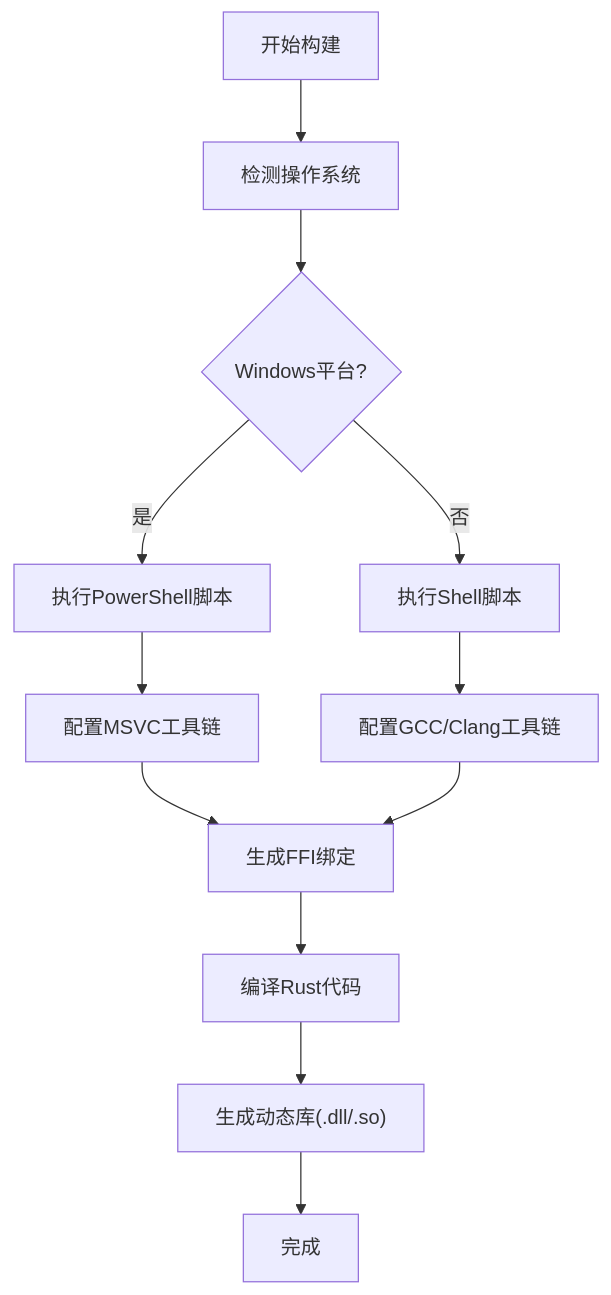
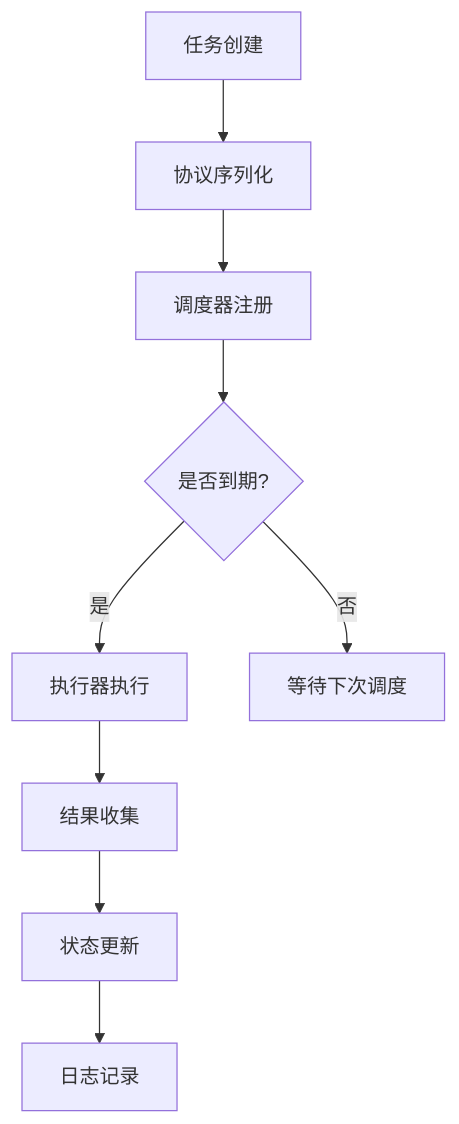
The fourth of 12 diagrams in .qoder/repowiki/zh/content/架构设计/通信机制/FFI接口通信.md (ZhangGHGitHub/LegadoTeamFlutter), drawn with Mermaid before and after one commit. The commit also changed other lines of this file and 173 other files, not shown here.

````diff
--- a/.qoder/repowiki/zh/content/架构设计/通信机制/FFI接口通信.md
+++ b/.qoder/repowiki/zh/content/架构设计/通信机制/FFI接口通信.md
@@ -312,14 +336,11 @@
 ```mermaid
 flowchart TD
-A["开始构建"] --> B["检测操作系统"]
-B --> C{"Windows平台?"}
-C --> |是| D["执行PowerShell脚本"]
-C --> |否| E["执行Shell脚本"]
-D --> F["配置MSVC工具链"]
-E --> G["配置GCC/Clang工具链"]
-F --> H["生成FFI绑定"]
-G --> H
-H --> I["编译Rust代码"]
-I --> J["生成动态库(.dll/.so)"]
-J --> K["完成"]
+A["任务创建"] --> B["协议序列化"]
+B --> C["调度器注册"]
+C --> D{"是否到期?"}
+D --> |是| E["执行器执行"]
+D --> |否| F["等待下次调度"]
+E --> G["结果收集"]
+G --> H["状态更新"]
+H --> I["日志记录"]
 ```
````
